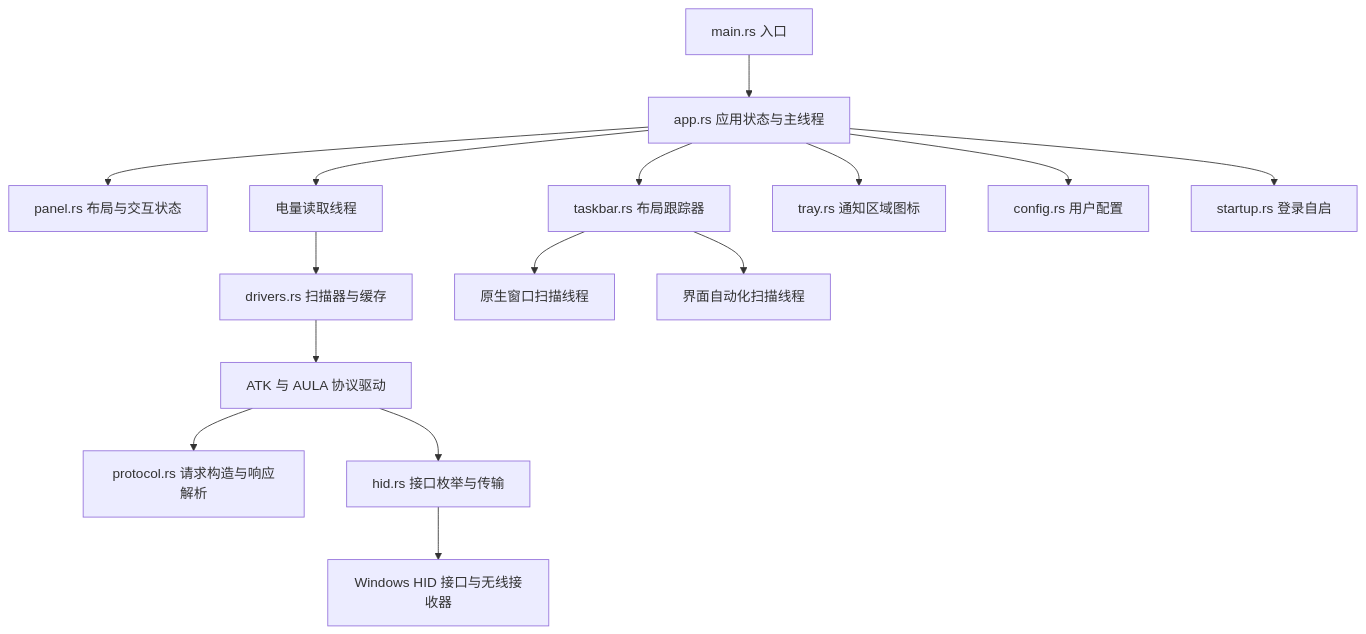
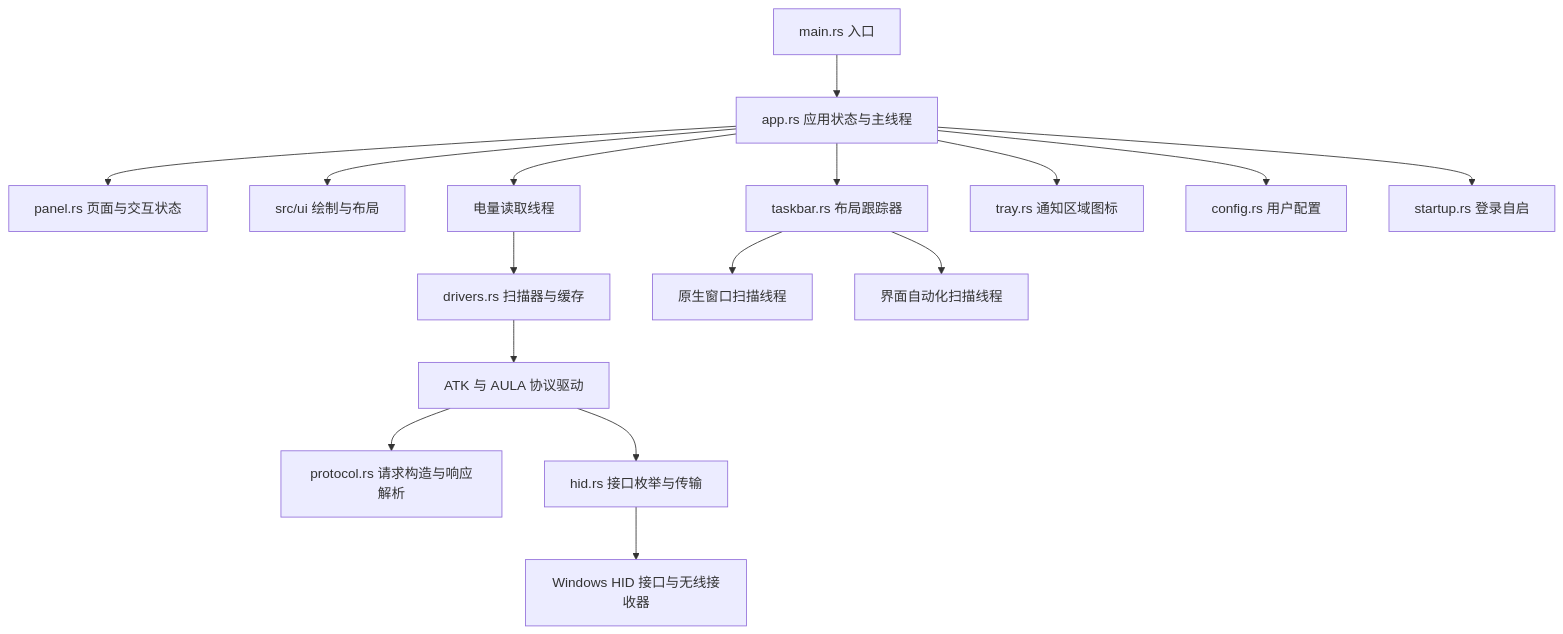
Before and after one commit to nwpuSFnothing/BatterySentry: the first of 2 diagrams in ARCHITECTURE.md, drawn with Mermaid. The commit also changed other lines of this file and 14 other files, not shown here.

````diff
--- a/ARCHITECTURE.md
+++ b/ARCHITECTURE.md
@@ -17,17 +17,18 @@
 ```mermaid
 flowchart TD
     Entry[main.rs 入口] --> App[app.rs 应用状态与主线程]
-    App --> Panel[panel.rs 布局与交互状态]
+    App --> Panel[panel.rs 页面与交互状态]
+    App --> UI[src/ui 绘制与布局]
     App --> Worker[电量读取线程]
     Worker --> Scanner[drivers.rs 扫描器与缓存]
     Scanner --> Driver[ATK 与 AULA 协议驱动]
     Driver --> Protocol[protocol.rs 请求构造与响应解析]
     Driver --> HID[hid.rs 接口枚举与传输]
     HID --> Receiver[Windows HID 接口与无线接收器]
     App --> Tracker[taskbar.rs 布局跟踪器]
     Tracker --> Native[原生窗口扫描线程]
     Tracker --> UIA[界面自动化扫描线程]
     App --> Tray[tray.rs 通知区域图标]
     App --> Settings[config.rs 用户配置]
     App --> Startup[startup.rs 登录自启]
 ```
````
